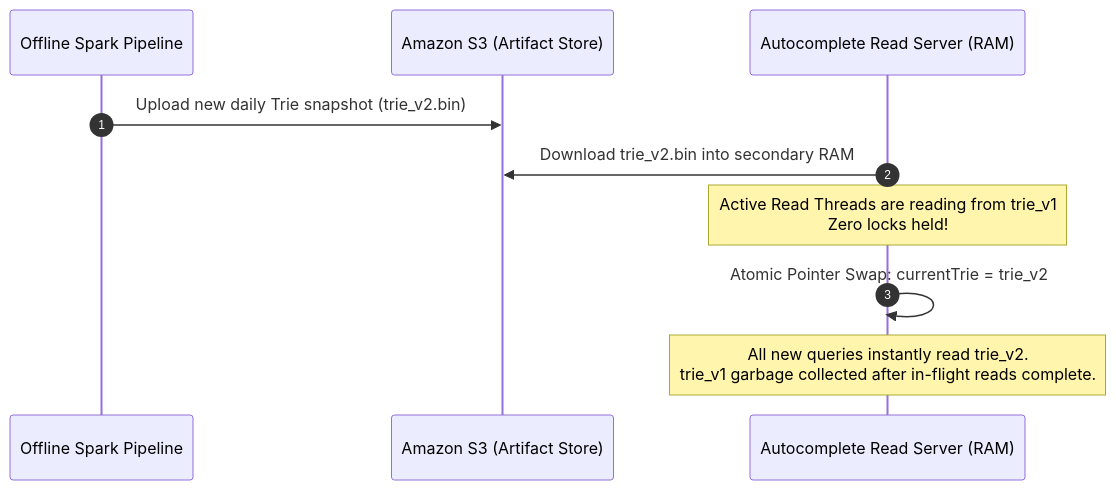
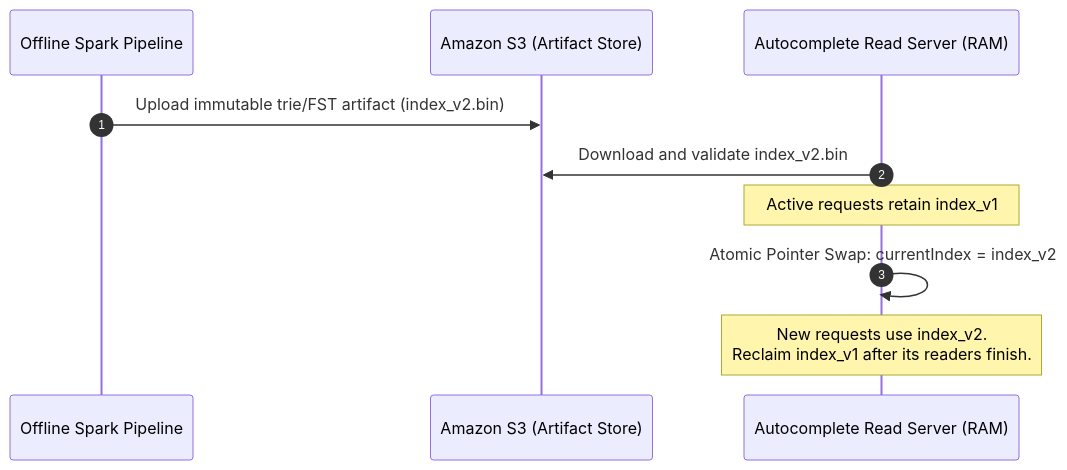
Before and after one commit to abhinnaagrawal/system-design-notes: the second of 4 diagrams in 13. Search Autocomplete/Readme.md, drawn with Mermaid. The commit also changed other lines of this file and 8 other files, not shown here.

````diff
--- a/13. Search Autocomplete/Readme.md
+++ b/13. Search Autocomplete/Readme.md
@@ -218,13 +230,13 @@
 ```mermaid
 sequenceDiagram
     autonumber
     participant Pipeline as Offline Spark Pipeline
     participant S3 as Amazon S3 (Artifact Store)
     participant Server as Autocomplete Read Server (RAM)
 
-    Pipeline->>S3: Upload new daily Trie snapshot (trie_v2.bin)
-    Server->>S3: Download trie_v2.bin into secondary RAM
-    Note over Server: Active Read Threads are reading from trie_v1<br/>Zero locks held!
-    Server->>Server: Atomic Pointer Swap: currentTrie = trie_v2
-    Note over Server: All new queries instantly read trie_v2.<br/>trie_v1 garbage collected after in-flight reads complete.
+    Pipeline->>S3: Upload immutable trie/FST artifact (index_v2.bin)
+    Server->>S3: Download and validate index_v2.bin
+    Note over Server: Active requests retain index_v1
+    Server->>Server: Atomic Pointer Swap: currentIndex = index_v2
+    Note over Server: New requests use index_v2.<br/>Reclaim index_v1 after its readers finish.
 ```
````
